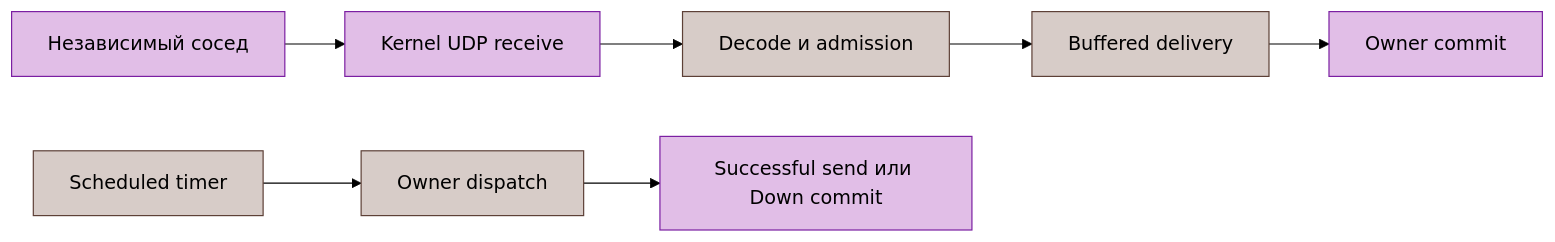
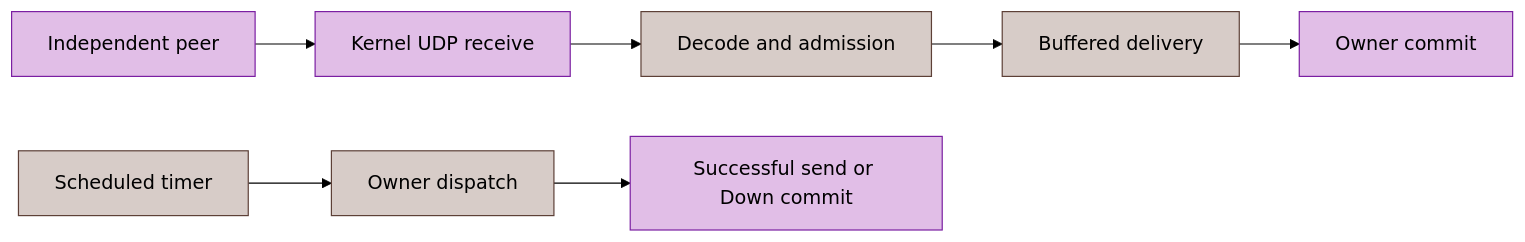
Before and after one commit to dantte-lp/gobfd: the diagram in docs/ru/14-performance-analysis.md, drawn with Mermaid (forest theme). The commit also changed other lines of this file and 52 other files, not shown here.

````diff
--- a/docs/ru/14-performance-analysis.md
+++ b/docs/ru/14-performance-analysis.md
@@ -7,11 +7,11 @@
 ```mermaid
 flowchart LR
-    peer["Независимый сосед"]:::srv --> socket["Kernel UDP receive"]:::srv
-    socket --> decode["Decode и admission"]:::mgt
+    peer["Independent peer"]:::srv --> socket["Kernel UDP receive"]:::srv
+    socket --> decode["Decode and admission"]:::mgt
     decode --> queue["Buffered delivery"]:::mgt
     queue --> commit["Owner commit"]:::srv
     timer["Scheduled timer"]:::mgt --> dispatch["Owner dispatch"]:::mgt
-    dispatch --> effect["Successful send или Down commit"]:::srv
+    dispatch --> effect["Successful send or Down commit"]:::srv
     classDef srv fill:#e1bee7,stroke:#7b1fa2,color:#000
     classDef mgt fill:#d7ccc8,stroke:#5d4037,color:#000
 ```
````
